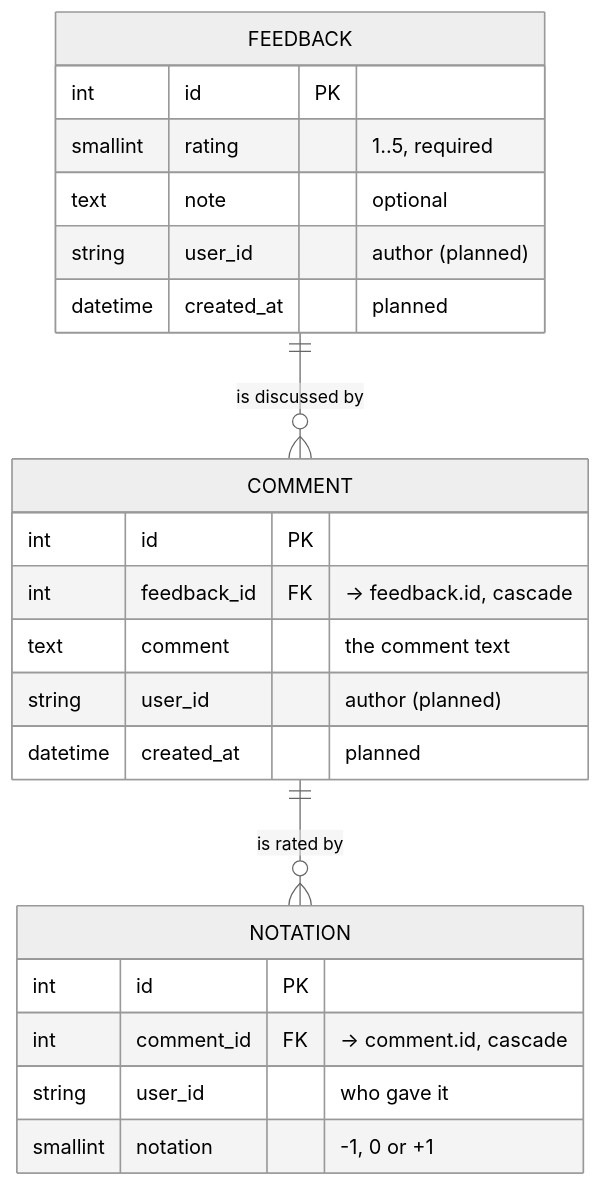
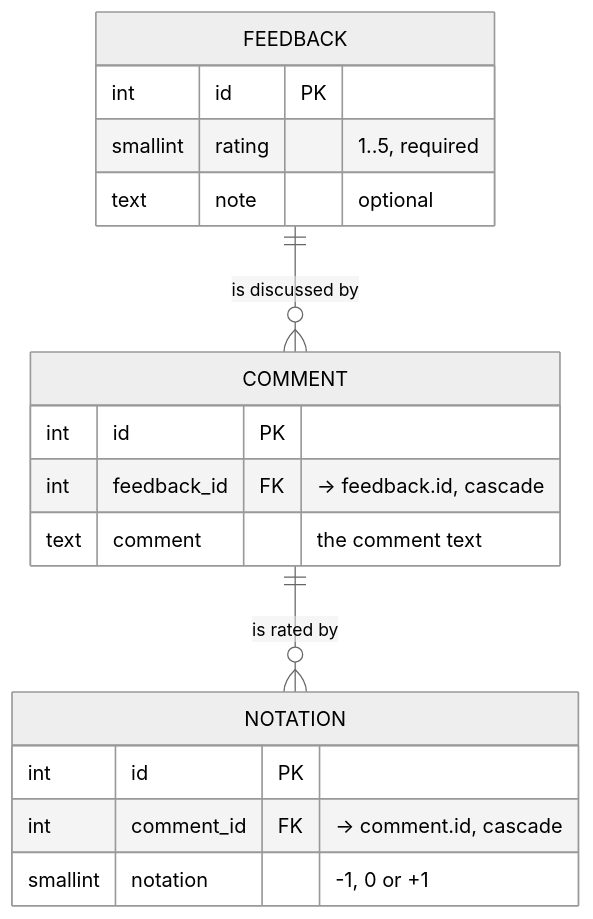
One commit to dbReis/SmartFlow changed the second of 3 diagrams in ARCHITECTURE.md. Above: the diagram before and after it, drawn with Mermaid (neutral theme). The commit also changed other lines of this file, not shown here.

Commit message:
Refactor architecture documentation to clarify user feedback and notation rules

````diff
--- a/ARCHITECTURE.md
+++ b/ARCHITECTURE.md
@@ -96,26 +112,21 @@
 ```mermaid
 erDiagram
     FEEDBACK ||--o{ COMMENT : "is discussed by"
     COMMENT  ||--o{ NOTATION : "is rated by"
 
     FEEDBACK {
         int      id PK
         smallint rating "1..5, required"
         text     note "optional"
-        string   user_id "author (planned)"
-        datetime created_at "planned"
     }
     COMMENT {
         int      id PK
         int      feedback_id FK "→ feedback.id, cascade"
         text     comment "the comment text"
-        string   user_id "author (planned)"
-        datetime created_at "planned"
     }
     NOTATION {
         int      id PK
         int      comment_id FK "→ comment.id, cascade"
-        string   user_id "who gave it"
         smallint notation "-1, 0 or +1"
     }
 ```
````
